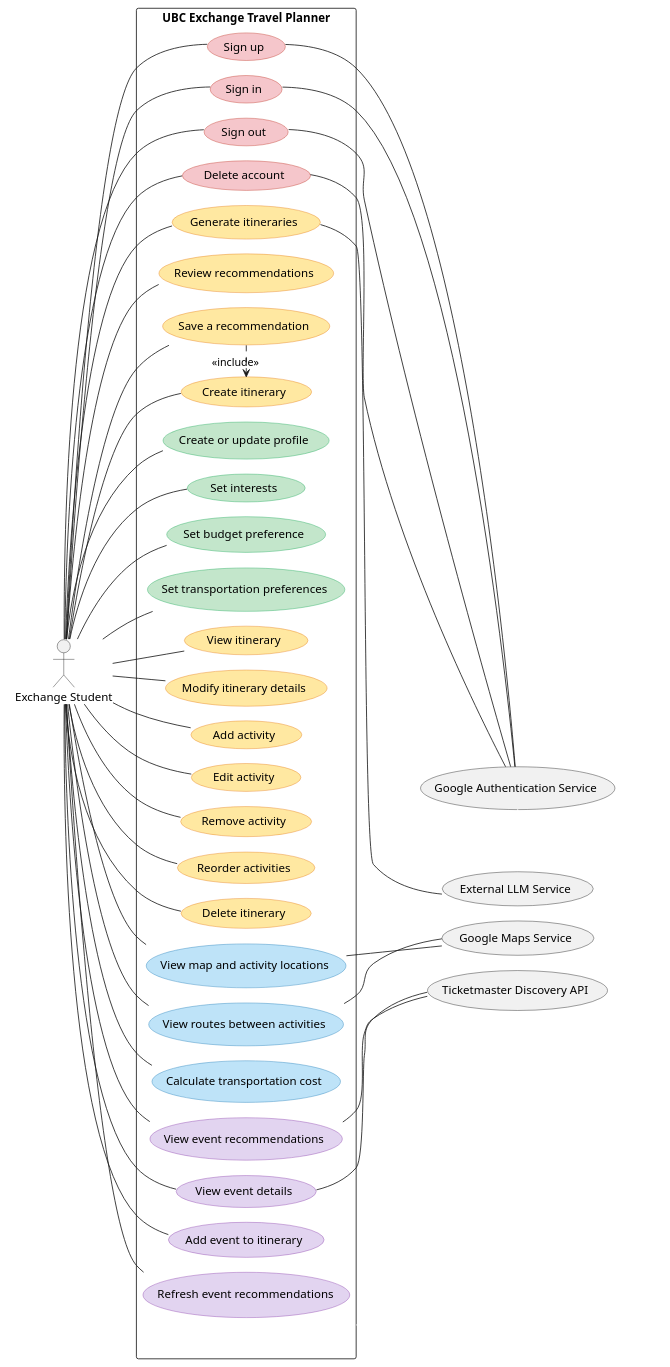
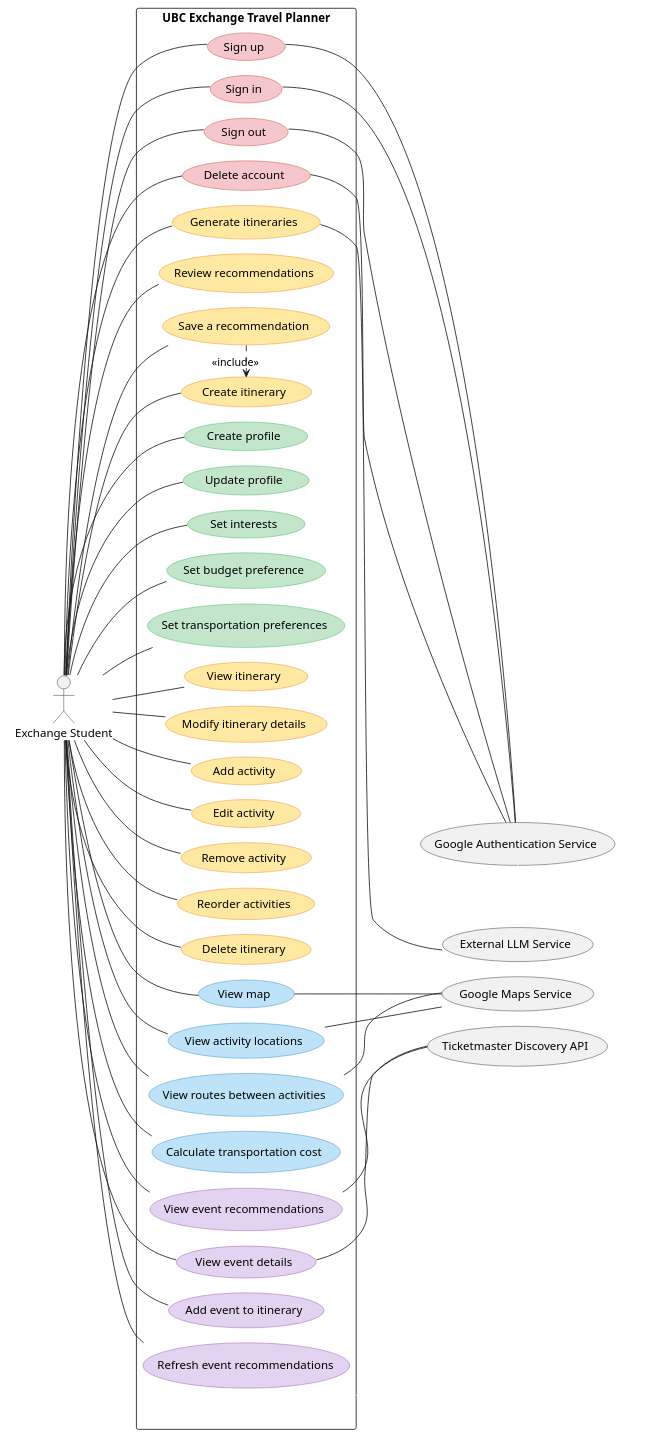
Before and after one commit to islamhampriv/ExploreUBC: the diagram in documentation/images/Usecase_diagram_recreated.puml, drawn with PlantUML. The commit also changed 1 other file, not shown here.

Commit message:
fix: resolve issues with use case diagram

```diff
--- a/documentation/images/Usecase_diagram_recreated.puml
+++ b/documentation/images/Usecase_diagram_recreated.puml
@@ -1,116 +1,122 @@
 @startuml
 !pragma layout smetana
 left to right direction
 skinparam packageStyle rectangle
 skinparam ranksep 150
 skinparam nodesep 20
 hide stereotype
 
 skinparam rectangle {
   BorderColor<<invis>> Transparent
   BackgroundColor<<invis>> Transparent
   ShadowColor<<invis>> Transparent
   FontColor<<invis>> Transparent
 }
 
 skinparam usecase {
   BackgroundColor<<auth>> #F5C6CB
   BorderColor<<auth>> #C0392B
   BackgroundColor<<profile>> #C3E6CB
   BorderColor<<profile>> #27AE60
   BackgroundColor<<itinerary>> #FFE8A1
   BorderColor<<itinerary>> #E67E22
   BackgroundColor<<maps>> #BEE3F8
   BorderColor<<maps>> #2980B9
   BackgroundColor<<event>> #E2D4F0
   BorderColor<<event>> #8E44AD
 }
 
 rectangle " " as ActorsBox <<invis>> {
   actor "Exchange Student" as Traveller
 }
 
 rectangle "UBC Exchange Travel Planner" as SystemBox {
   usecase "Sign up" as UC1 <<auth>>
   usecase "Sign in" as UC2 <<auth>>
   usecase "Sign out" as UC3 <<auth>>
   usecase "Delete account" as UC4 <<auth>>
 
   usecase "Generate itineraries" as UC14 <<itinerary>>
   usecase "Review recommendations" as UC19 <<itinerary>>
   usecase "Save a recommendation" as UC20 <<itinerary>>
   usecase "Create itinerary" as UC9 <<itinerary>>
 
-  usecase "Create or update profile" as UC5 <<profile>>
+  usecase "Create profile" as UC5 <<profile>>
+  usecase "Update profile" as UC27 <<profile>>
   usecase "Set interests" as UC6 <<profile>>
   usecase "Set budget preference" as UC7 <<profile>>
   usecase "Set transportation preferences" as UC8 <<profile>>
 
   usecase "View itinerary" as UC10 <<itinerary>>
   usecase "Modify itinerary details" as UC21 <<itinerary>>
   usecase "Add activity" as UC11 <<itinerary>>
   usecase "Edit activity" as UC12 <<itinerary>>
   usecase "Remove activity" as UC13 <<itinerary>>
   usecase "Reorder activities" as UC22 <<itinerary>>
   usecase "Delete itinerary" as UC23 <<itinerary>>
 
-  usecase "View map and activity locations" as UC15 <<maps>>
+  usecase "View map" as UC15 <<maps>>
+  usecase "View activity locations" as UC28 <<maps>>
   usecase "View routes between activities" as UC16 <<maps>>
   usecase "Calculate transportation cost" as UC17 <<maps>>
 
   usecase "View event recommendations" as UC18 <<event>>
   usecase "View event details" as UC24 <<event>>
   usecase "Add event to itinerary" as UC25 <<event>>
   usecase "Refresh event recommendations" as UC26 <<event>>
 }
 
 rectangle " " as ExternalBox <<invis>> {
   rectangle "External services horizontal spacing placeholder" as ExternalPad <<invis>>
   usecase "Google Authentication Service" as ExtAuth
   usecase "External LLM Service" as AIService
   usecase "Google Maps Service" as GoogleMaps
   usecase "Ticketmaster Discovery API" as EventService
 
   ExternalPad -[#FFFFFF]right-> ExtAuth
 }
 
 Traveller -- UC1
 Traveller -- UC2
 Traveller -- UC3
 Traveller -- UC4
 Traveller -- UC5
+Traveller -- UC27
 Traveller -- UC6
 Traveller -- UC7
 Traveller -- UC8
 Traveller -- UC9
 Traveller -- UC10
 Traveller -- UC19
 Traveller -- UC20
 Traveller -- UC21
 Traveller -- UC11
 Traveller -- UC12
 Traveller -- UC13
 Traveller -- UC22
 Traveller -- UC23
 Traveller -- UC15
+Traveller -- UC28
 Traveller -- UC16
 Traveller -- UC17
 Traveller -- UC18
 Traveller -- UC24
 Traveller -- UC25
 Traveller -- UC26
+
 
 Traveller -- UC14
 UC9 <.left. UC20 : <<include>>
 SystemBox -[#FFFFFF]right-> ExternalBox
 
 UC1 -[norank]- ExtAuth
 UC2 -[norank]- ExtAuth
 UC3 -[norank]- ExtAuth
 UC4 -[norank]- ExtAuth
 UC14 -[norank]- AIService
 UC15 -[norank]- GoogleMaps
 UC16 -[norank]- GoogleMaps
+UC28 -[norank]- GoogleMaps
 UC18 -[norank]- EventService
 UC24 -[norank]- EventService
 @enduml
```
